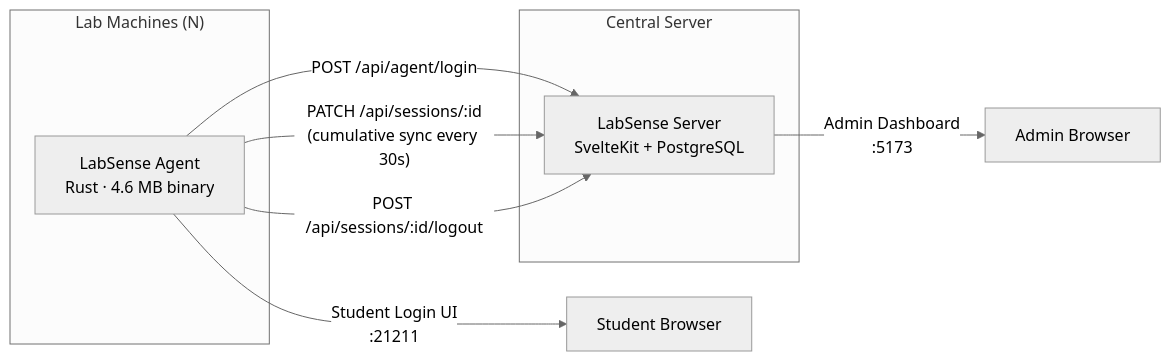
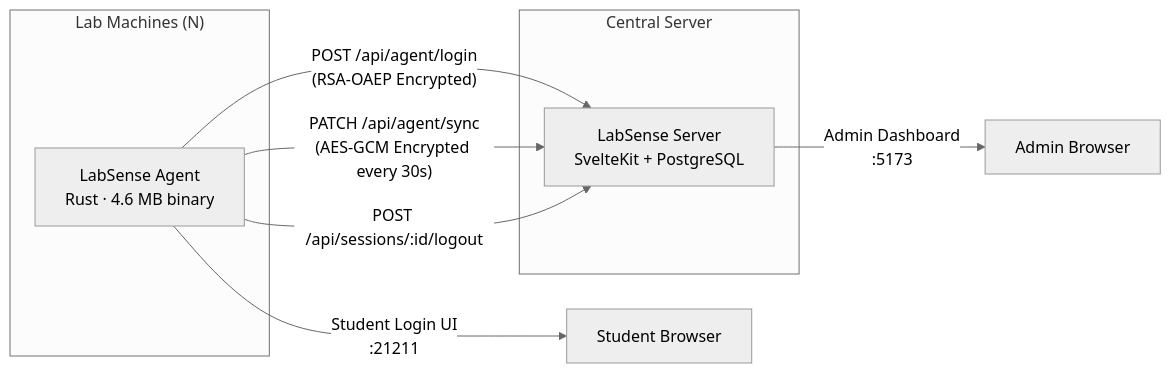
The first of 2 diagrams in apps/labsense-agent/labsense_report.md (piyuu1108/crm), drawn with Mermaid (neutral theme) before and after one commit. The commit also changed other lines of this file and 1 other file, not shown here.

````diff
--- a/apps/labsense-agent/labsense_report.md
+++ b/apps/labsense-agent/labsense_report.md
@@ -19,16 +19,16 @@
 ```mermaid
 graph LR
     subgraph "Lab Machines (N)"
         A[LabSense Agent<br/>Rust · 4.6 MB binary]
     end
 
     subgraph "Central Server"
         S[LabSense Server<br/>SvelteKit + PostgreSQL]
     end
 
-    A -- "POST /api/agent/login" --> S
-    A -- "PATCH /api/sessions/:id<br/>(cumulative sync every 30s)" --> S
+    A -- "POST /api/agent/login<br/>(RSA-OAEP Encrypted)" --> S
+    A -- "PATCH /api/agent/sync<br/>(AES-GCM Encrypted every 30s)" --> S
     A -- "POST /api/sessions/:id/logout" --> S
     S -- "Admin Dashboard<br/>:5173" --> D[Admin Browser]
     A -- "Student Login UI<br/>:21211" --> U[Student Browser]
 ```
````
